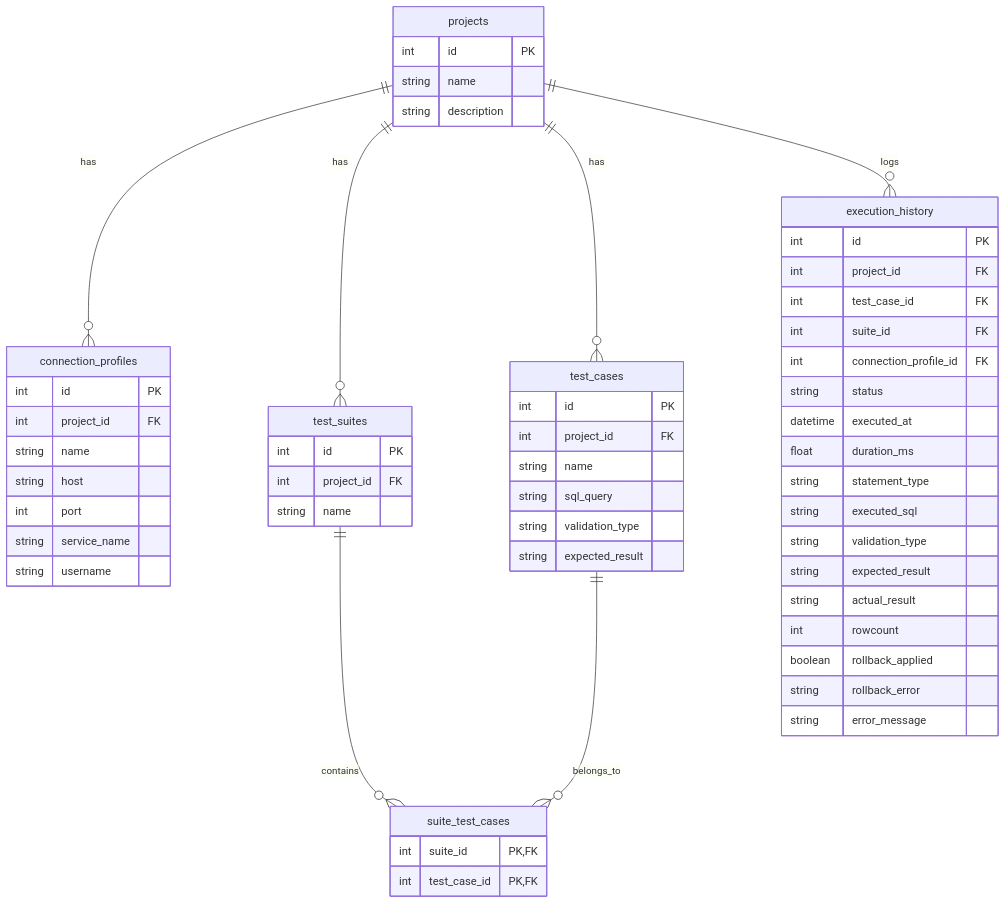
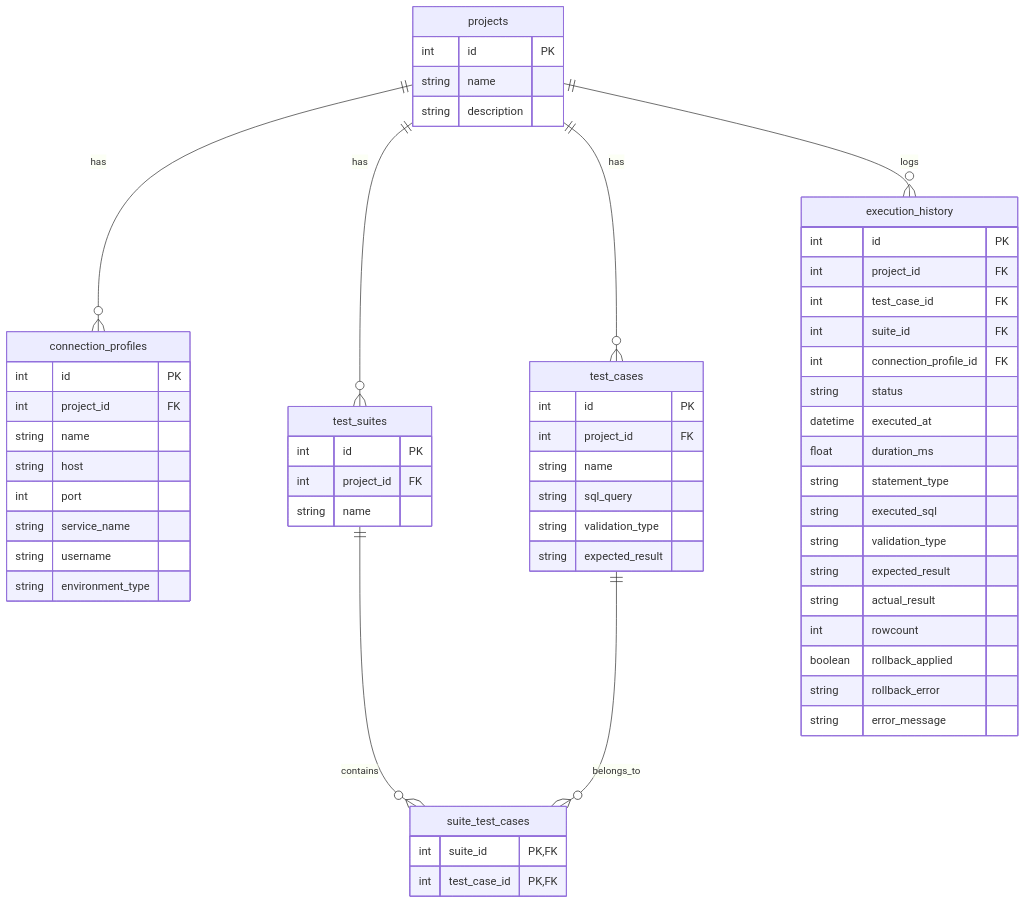
Before and after one commit to Geraldzvallos/framework-pruebas-sql-publico: the diagram in framework-pruebas-sql/docs/diagramas/base_datos.mermaid, drawn with Mermaid. The commit also changed 19 other files, not shown here.

```diff
--- a/framework-pruebas-sql/docs/diagramas/base_datos.mermaid
+++ b/framework-pruebas-sql/docs/diagramas/base_datos.mermaid
@@ -1,58 +1,59 @@
 erDiagram
     projects ||--o{ connection_profiles : has
     projects ||--o{ test_cases : has
     projects ||--o{ test_suites : has
     projects ||--o{ execution_history : logs
     test_suites ||--o{ suite_test_cases : contains
     test_cases ||--o{ suite_test_cases : belongs_to
 
     projects {
         int id PK
         string name
         string description
     }
     connection_profiles {
         int id PK
         int project_id FK
         string name
         string host
         int port
         string service_name
         string username
+        string environment_type
     }
     test_cases {
         int id PK
         int project_id FK
         string name
         string sql_query
         string validation_type
         string expected_result
     }
     test_suites {
         int id PK
         int project_id FK
         string name
     }
     suite_test_cases {
         int suite_id PK,FK
         int test_case_id PK,FK
     }
     execution_history {
         int id PK
         int project_id FK
         int test_case_id FK
         int suite_id FK
         int connection_profile_id FK
         string status
         datetime executed_at
         float duration_ms
         string statement_type
         string executed_sql
         string validation_type
         string expected_result
         string actual_result
         int rowcount
         boolean rollback_applied
         string rollback_error
         string error_message
     }
```
